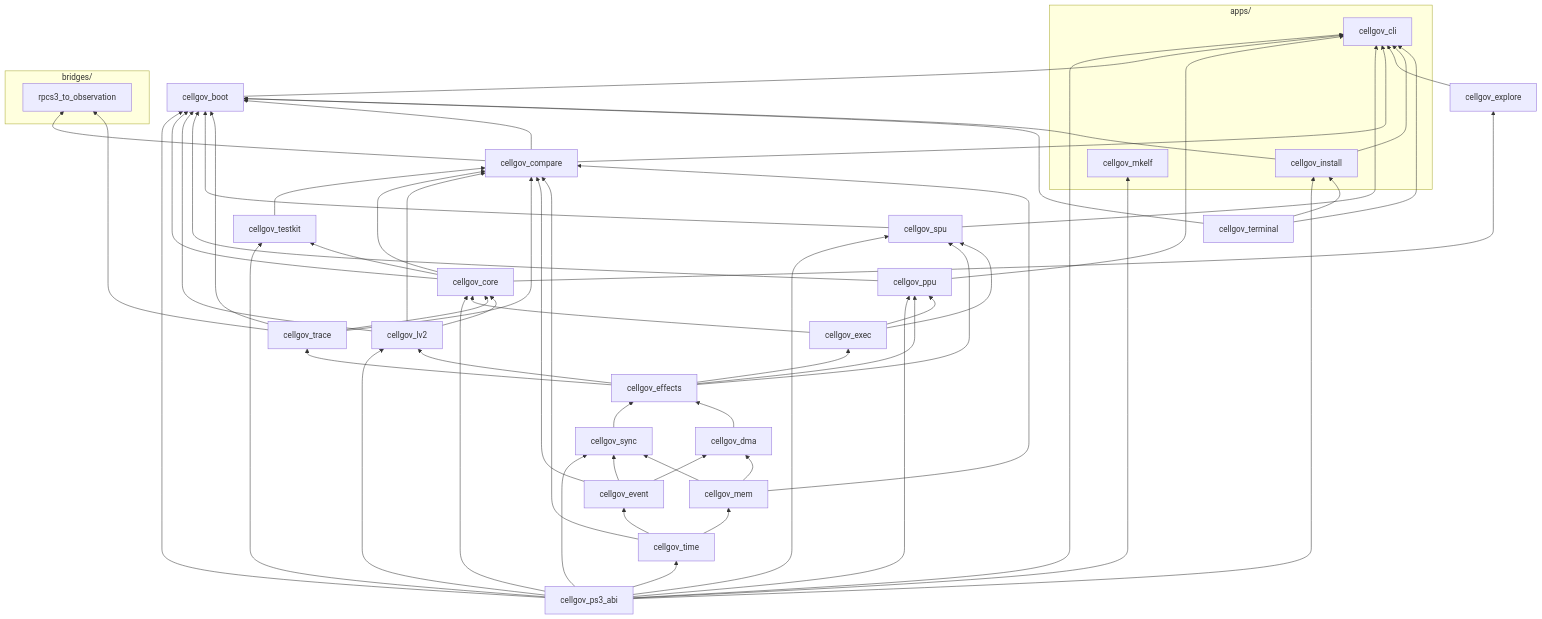
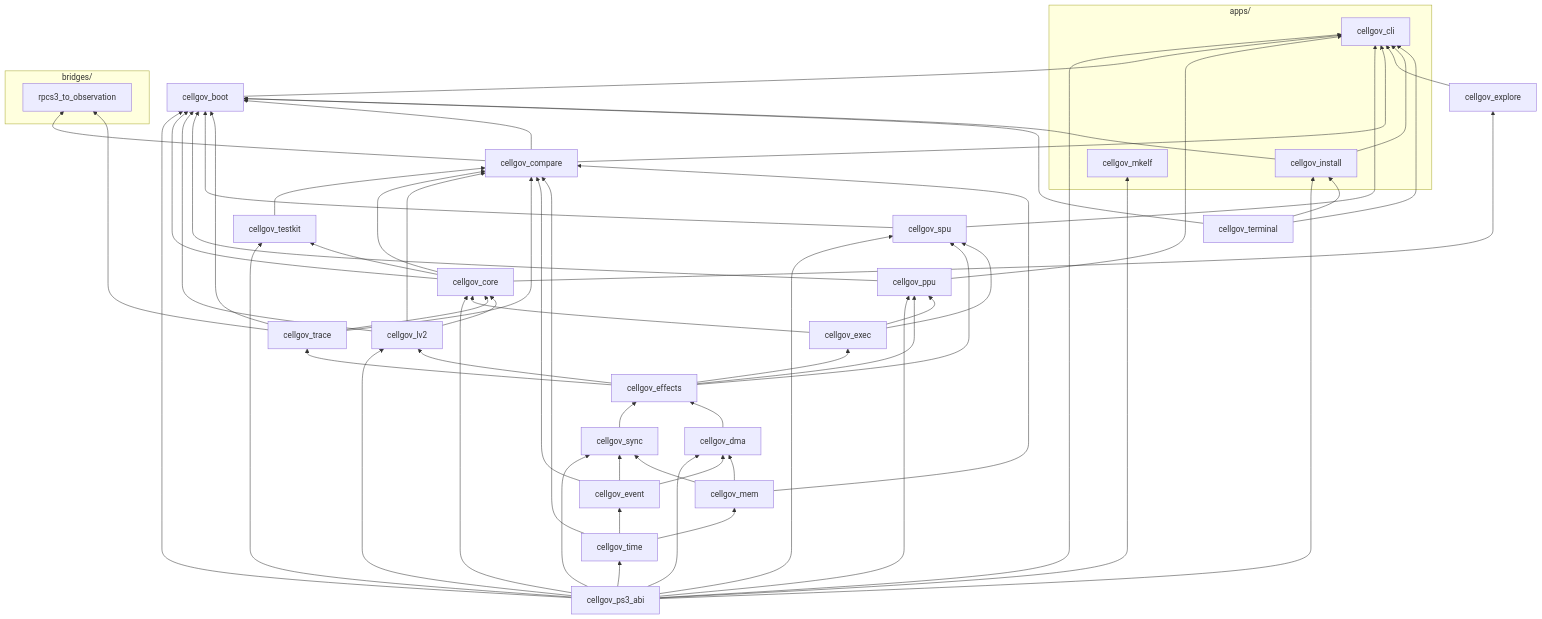
One commit to RoyalAce22/CellGov changed the diagram in docs/architecture/workspace.md. Above: the diagram before and after it, drawn with Mermaid. The commit also changed 9 other files, not shown here.

Commit message:
fix(abi,dma): a request cannot carry a tag id with no status bit

```diff
--- a/docs/architecture/workspace.md
+++ b/docs/architecture/workspace.md
@@ -46,6 +46,7 @@
 
   ps3_abi --> time
   ps3_abi --> sync
+  ps3_abi --> dma
   ps3_abi --> lv2
   ps3_abi --> ppu
   ps3_abi --> spu
```
